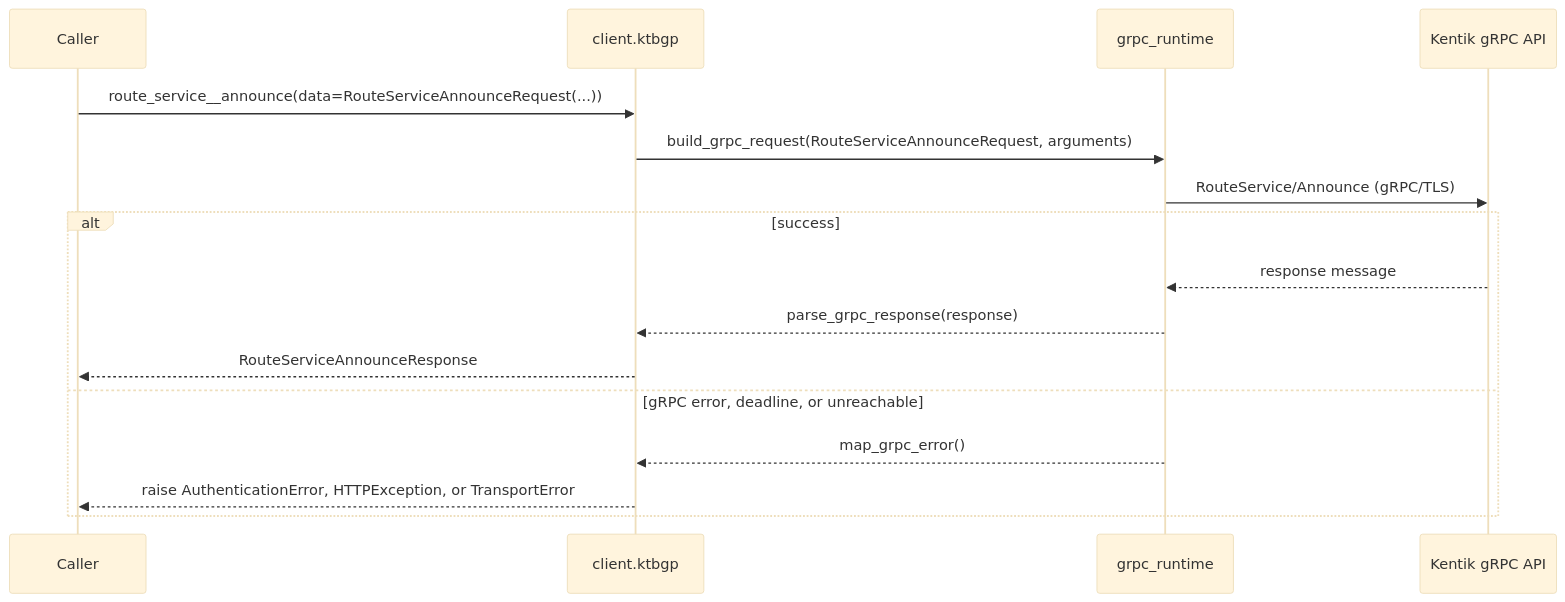
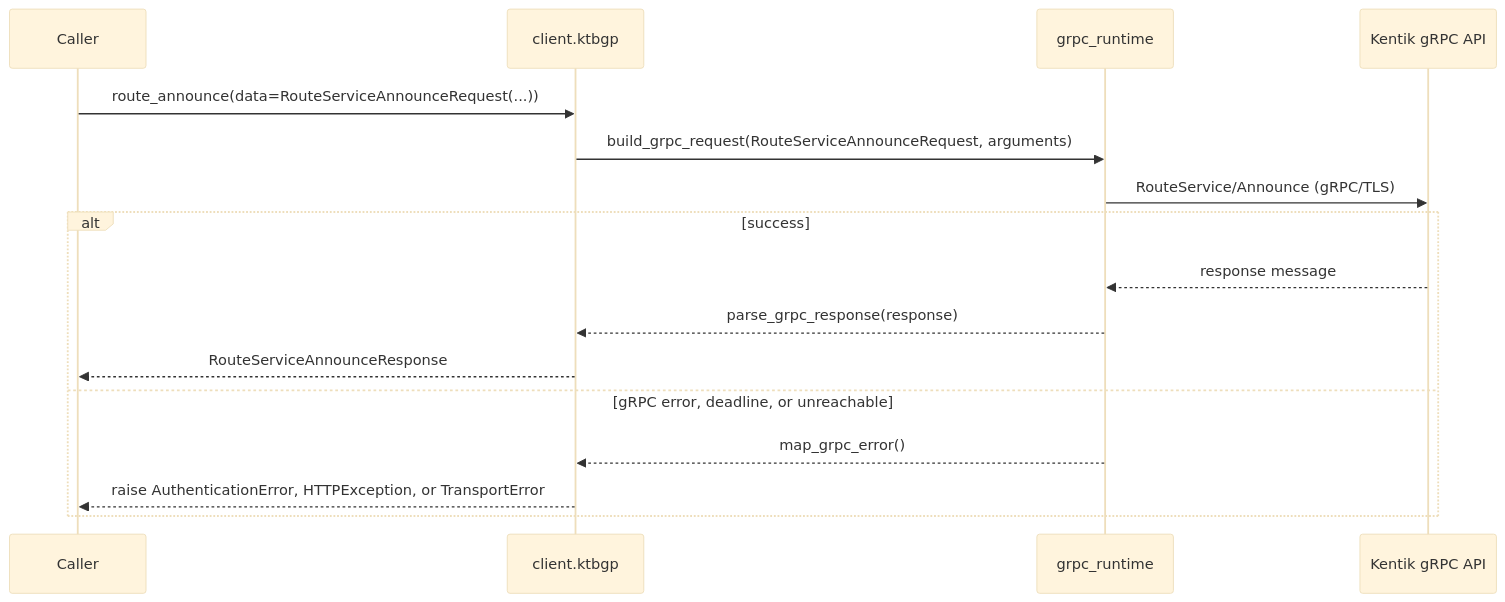
Before and after one commit to alexdearaujo/community_sdk_python: the third of 8 diagrams in docs/sphinx/services/ktbgp.md, drawn with Mermaid (base theme). The commit also changed other lines of this file and 10 other files, not shown here.

````diff
--- a/docs/sphinx/services/ktbgp.md
+++ b/docs/sphinx/services/ktbgp.md
@@ -57,19 +57,19 @@
 ```mermaid
 sequenceDiagram
     participant C as Caller
     participant W as client.ktbgp
     participant R as grpc_runtime
     participant API as Kentik gRPC API
 
-    C->>W: route_service__announce(data=RouteServiceAnnounceRequest(...))
+    C->>W: route_announce(data=RouteServiceAnnounceRequest(...))
     W->>R: build_grpc_request(RouteServiceAnnounceRequest, arguments)
     R->>API: RouteService/Announce (gRPC/TLS)
     alt success
         API-->>R: response message
         R-->>W: parse_grpc_response(response)
         W-->>C: RouteServiceAnnounceResponse
     else gRPC error, deadline, or unreachable
         R-->>W: map_grpc_error()
         W-->>C: raise AuthenticationError, HTTPException, or TransportError
     end
 ```
````
